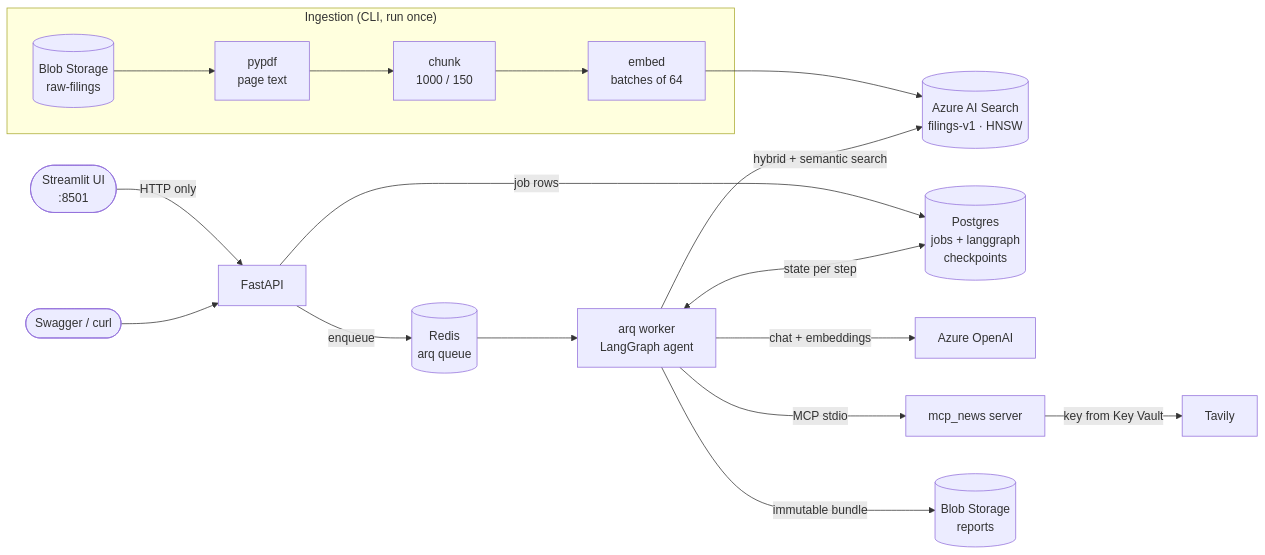
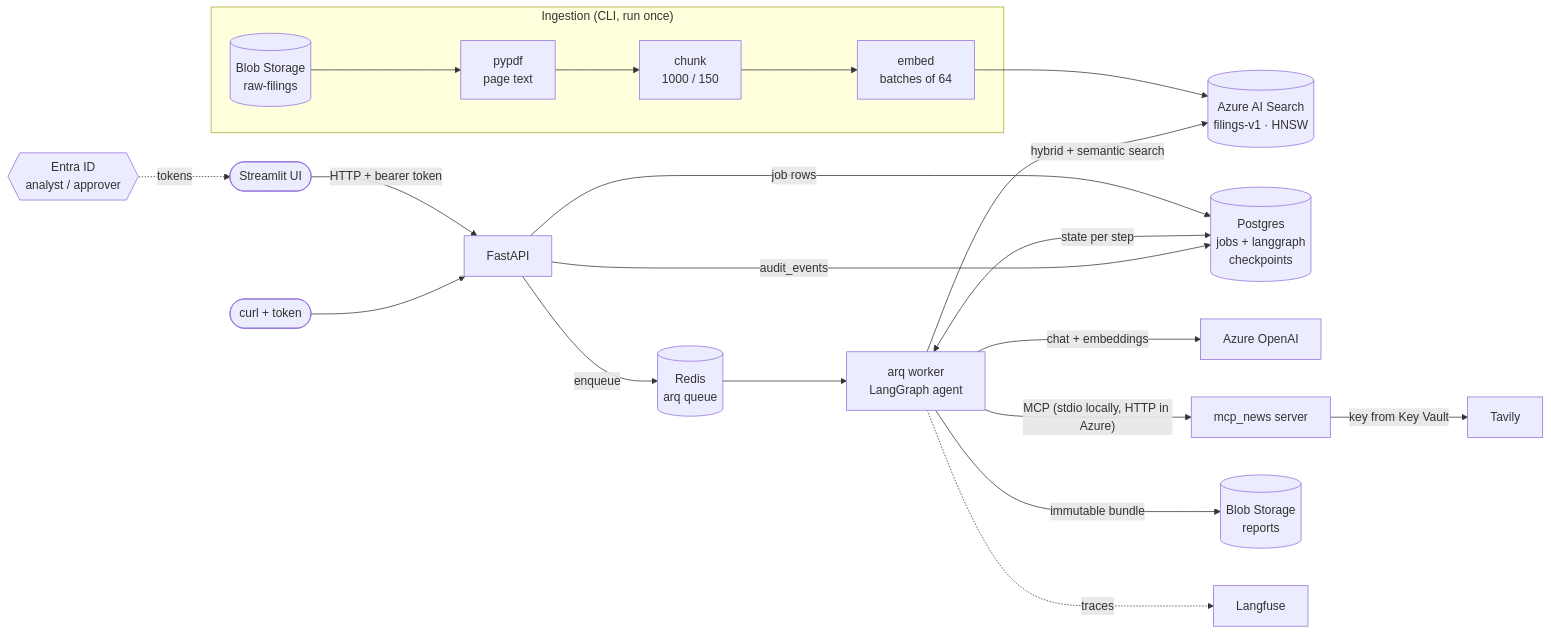
The first of 2 diagrams in README.md (meetbrij/azure-market-intel-agent), drawn with Mermaid before and after one commit. The commit also changed other lines of this file and 4 other files, not shown here.

Commit message:
Phase 3 wrap-up: README results, roadmap [skip ci]

````diff
--- a/README.md
+++ b/README.md
@@ -24,21 +44,24 @@
 ```mermaid
 flowchart LR
     subgraph Ingestion["Ingestion (CLI, run once)"]
         B[(Blob Storage<br/>raw-filings)] --> P[pypdf<br/>page text]
         P --> C[chunk<br/>1000 / 150]
         C --> E[embed<br/>batches of 64]
     end
     E --> S[(Azure AI Search<br/>filings-v1 · HNSW)]
 
-    UI([Streamlit UI<br/>:8501]) -->|HTTP only| API[FastAPI]
-    U([Swagger / curl]) --> API
+    ID{{Entra ID<br/>analyst / approver}} -.->|tokens| UI
+    UI([Streamlit UI]) -->|HTTP + bearer token| API[FastAPI]
+    U([curl + token]) --> API
     API -->|job rows| PG[(Postgres<br/>jobs + langgraph<br/>checkpoints)]
     API -->|enqueue| R[(Redis<br/>arq queue)]
     R --> W[arq worker<br/>LangGraph agent]
     W <-->|state per step| PG
     W -->|hybrid + semantic search| S
     W -->|chat + embeddings| AOAI[Azure OpenAI]
-    W -->|MCP stdio| N[mcp_news server]
+    W -->|"MCP (stdio locally, HTTP in Azure)"| N[mcp_news server]
     N -->|key from Key Vault| T[Tavily]
     W -->|immutable bundle| RB[(Blob Storage<br/>reports)]
+    W -.->|traces| LF[Langfuse]
+    API -->|audit_events| PG
 ```
````
